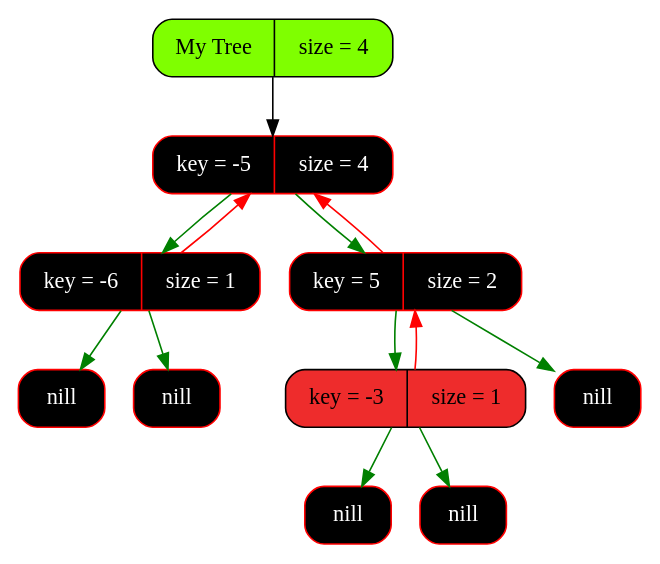
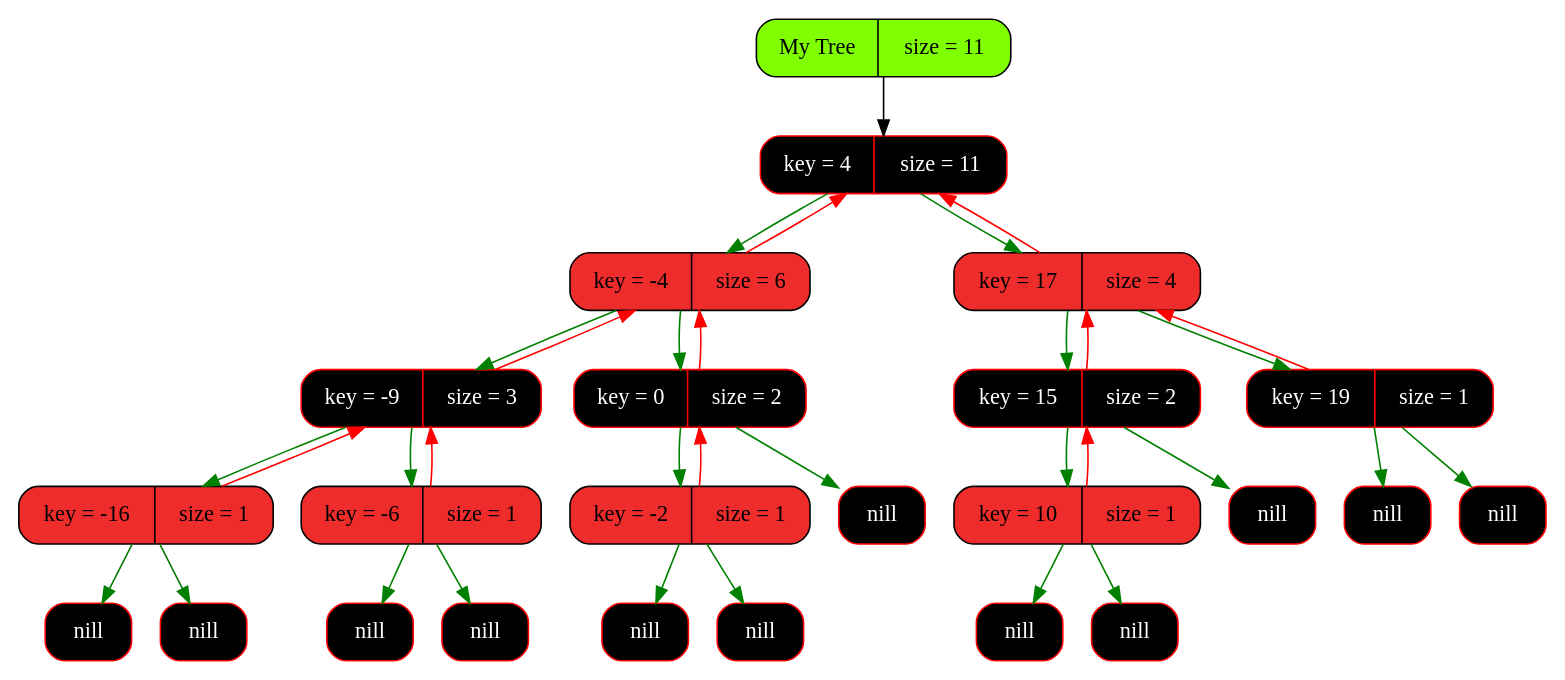
The diagram in graphics/graph.dot (Pelmeshka127/RedBlackTree), drawn with Graphviz before and after one commit. The commit also changed 15 other files, not shown here.

```diff
--- a/graphics/graph.dot
+++ b/graphics/graph.dot
@@ -1,28 +1,63 @@
 digraph Tree
 {
    rankdir = HR;
    node[fontsize=14];
    edge[color="black",fontcolor="blue",fontsize=12];
-   tree[shape = Mrecord, style = filled, fillcolor = "chartreuse1", label = "My Tree | size = 4"];
-   "0x150f04080"[shape = Mrecord, color = "red", style = filled, fontcolor = "white", fillcolor = "black",   label = " key = -5 | size = 4"];
-  "0x150f04080" -> "0x150f040b0" [color = "green"];
-  "0x150f040b0" -> "0x150f04080" [color = "red"];
-  "0x150f04080" -> "0x150f040e0" [color = "green"];
-  "0x150f040e0" -> "0x150f04080" [color = "red"];
-   "0x150f040b0"[shape = Mrecord, color = "red", style = filled, fontcolor = "white", fillcolor = "black",   label = " key = -6 | size = 1"];
-   "0x150f040b0left"[shape = Mrecord, color = "red", style = filled, fontcolor = "white", fillcolor = "black",   label = " <value> nill"];
-  "0x150f040b0" -> "0x150f040b0left" [color = "green"];
-   "0x150f040b0right"[shape = Mrecord, color = "red", style = filled, fontcolor = "white", fillcolor = "black",   label = " <value> nill"];
-  "0x150f040b0" -> "0x150f040b0right" [color = "green"];
-   "0x150f040e0"[shape = Mrecord, color = "red", style = filled, fontcolor = "white", fillcolor = "black",   label = " key = 5 | size = 2"];
-  "0x150f040e0" -> "0x150f04120" [color = "green"];
-  "0x150f04120" -> "0x150f040e0" [color = "red"];
-   "0x150f040e0right"[shape = Mrecord, color = "red", style = filled, fontcolor = "white", fillcolor = "black",   label = " <value> nill"];
-  "0x150f040e0" -> "0x150f040e0right" [color = "green"];
-  "0x150f04120"[shape = Mrecord, color = "black", style = filled, fillcolor = "firebrick2",   label = " key = -3 | size = 1"];
-   "0x150f04120left"[shape = Mrecord, color = "red", style = filled, fontcolor = "white", fillcolor = "black",   label = " <value> nill"];
-  "0x150f04120" -> "0x150f04120left" [color = "green"];
-   "0x150f04120right"[shape = Mrecord, color = "red", style = filled, fontcolor = "white", fillcolor = "black",   label = " <value> nill"];
-  "0x150f04120" -> "0x150f04120right" [color = "green"];
-   tree -> "0x150f04080" [color = "gray0"];
+   tree[shape = Mrecord, style = filled, fillcolor = "chartreuse1", label = "My Tree | size = 11"];
+   "0x14b104180"[shape = Mrecord, color = "red", style = filled, fontcolor = "white", fillcolor = "black",   label = " key = 4 | size = 11"];
+  "0x14b104180" -> "0x14b104080" [color = "green"];
+  "0x14b104080" -> "0x14b104180" [color = "red"];
+  "0x14b104180" -> "0x14b004180" [color = "green"];
+  "0x14b004180" -> "0x14b104180" [color = "red"];
+  "0x14b104080"[shape = Mrecord, color = "black", style = filled, fillcolor = "firebrick2",   label = " key = -4 | size = 6"];
+  "0x14b104080" -> "0x14b004080" [color = "green"];
+  "0x14b004080" -> "0x14b104080" [color = "red"];
+  "0x14b104080" -> "0x149e06750" [color = "green"];
+  "0x149e06750" -> "0x14b104080" [color = "red"];
+   "0x14b004080"[shape = Mrecord, color = "red", style = filled, fontcolor = "white", fillcolor = "black",   label = " key = -9 | size = 3"];
+  "0x14b004080" -> "0x14b0041e0" [color = "green"];
+  "0x14b0041e0" -> "0x14b004080" [color = "red"];
+  "0x14b004080" -> "0x14b0041b0" [color = "green"];
+  "0x14b0041b0" -> "0x14b004080" [color = "red"];
+  "0x14b0041e0"[shape = Mrecord, color = "black", style = filled, fillcolor = "firebrick2",   label = " key = -16 | size = 1"];
+   "0x14b0041e0left"[shape = Mrecord, color = "red", style = filled, fontcolor = "white", fillcolor = "black",   label = " <value> nill"];
+  "0x14b0041e0" -> "0x14b0041e0left" [color = "green"];
+   "0x14b0041e0right"[shape = Mrecord, color = "red", style = filled, fontcolor = "white", fillcolor = "black",   label = " <value> nill"];
+  "0x14b0041e0" -> "0x14b0041e0right" [color = "green"];
+  "0x14b0041b0"[shape = Mrecord, color = "black", style = filled, fillcolor = "firebrick2",   label = " key = -6 | size = 1"];
+   "0x14b0041b0left"[shape = Mrecord, color = "red", style = filled, fontcolor = "white", fillcolor = "black",   label = " <value> nill"];
+  "0x14b0041b0" -> "0x14b0041b0left" [color = "green"];
+   "0x14b0041b0right"[shape = Mrecord, color = "red", style = filled, fontcolor = "white", fillcolor = "black",   label = " <value> nill"];
+  "0x14b0041b0" -> "0x14b0041b0right" [color = "green"];
+   "0x149e06750"[shape = Mrecord, color = "red", style = filled, fontcolor = "white", fillcolor = "black",   label = " key = 0 | size = 2"];
+  "0x149e06750" -> "0x14b204080" [color = "green"];
+  "0x14b204080" -> "0x149e06750" [color = "red"];
+   "0x149e06750right"[shape = Mrecord, color = "red", style = filled, fontcolor = "white", fillcolor = "black",   label = " <value> nill"];
+  "0x149e06750" -> "0x149e06750right" [color = "green"];
+  "0x14b204080"[shape = Mrecord, color = "black", style = filled, fillcolor = "firebrick2",   label = " key = -2 | size = 1"];
+   "0x14b204080left"[shape = Mrecord, color = "red", style = filled, fontcolor = "white", fillcolor = "black",   label = " <value> nill"];
+  "0x14b204080" -> "0x14b204080left" [color = "green"];
+   "0x14b204080right"[shape = Mrecord, color = "red", style = filled, fontcolor = "white", fillcolor = "black",   label = " <value> nill"];
+  "0x14b204080" -> "0x14b204080right" [color = "green"];
+  "0x14b004180"[shape = Mrecord, color = "black", style = filled, fillcolor = "firebrick2",   label = " key = 17 | size = 4"];
+  "0x14b004180" -> "0x14b2041b0" [color = "green"];
+  "0x14b2041b0" -> "0x14b004180" [color = "red"];
+  "0x14b004180" -> "0x14b204180" [color = "green"];
+  "0x14b204180" -> "0x14b004180" [color = "red"];
+   "0x14b2041b0"[shape = Mrecord, color = "red", style = filled, fontcolor = "white", fillcolor = "black",   label = " key = 15 | size = 2"];
+  "0x14b2041b0" -> "0x14b304080" [color = "green"];
+  "0x14b304080" -> "0x14b2041b0" [color = "red"];
+   "0x14b2041b0right"[shape = Mrecord, color = "red", style = filled, fontcolor = "white", fillcolor = "black",   label = " <value> nill"];
+  "0x14b2041b0" -> "0x14b2041b0right" [color = "green"];
+  "0x14b304080"[shape = Mrecord, color = "black", style = filled, fillcolor = "firebrick2",   label = " key = 10 | size = 1"];
+   "0x14b304080left"[shape = Mrecord, color = "red", style = filled, fontcolor = "white", fillcolor = "black",   label = " <value> nill"];
+  "0x14b304080" -> "0x14b304080left" [color = "green"];
+   "0x14b304080right"[shape = Mrecord, color = "red", style = filled, fontcolor = "white", fillcolor = "black",   label = " <value> nill"];
+  "0x14b304080" -> "0x14b304080right" [color = "green"];
+   "0x14b204180"[shape = Mrecord, color = "red", style = filled, fontcolor = "white", fillcolor = "black",   label = " key = 19 | size = 1"];
+   "0x14b204180left"[shape = Mrecord, color = "red", style = filled, fontcolor = "white", fillcolor = "black",   label = " <value> nill"];
+  "0x14b204180" -> "0x14b204180left" [color = "green"];
+   "0x14b204180right"[shape = Mrecord, color = "red", style = filled, fontcolor = "white", fillcolor = "black",   label = " <value> nill"];
+  "0x14b204180" -> "0x14b204180right" [color = "green"];
+   tree -> "0x14b104180" [color = "gray0"];
 }
```
